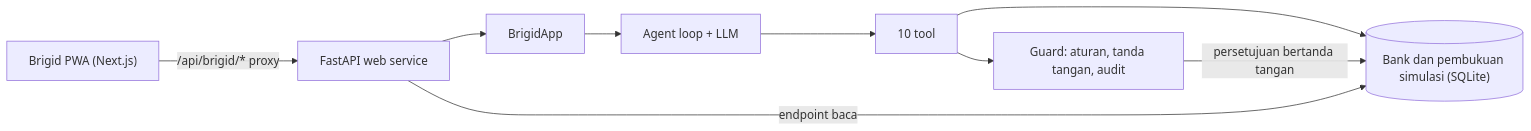
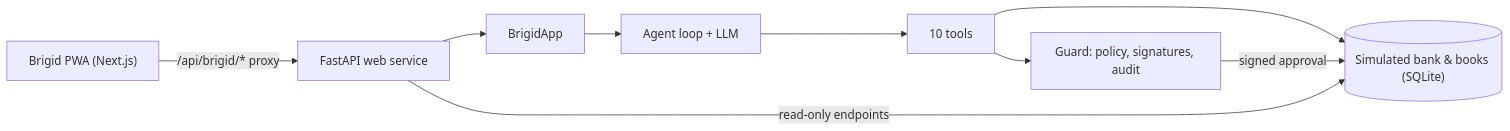
One commit to aryaputra1911/Brigid-AI-Agent-for-Small-Business changed the diagram in README.md. Above: the diagram before and after it, drawn with Mermaid. The commit also changed other lines of this file, not shown here.

````diff
--- a/README.md
+++ b/README.md
@@ -64,11 +27,11 @@
 ```mermaid
 flowchart LR
     pwa["Brigid PWA (Next.js)"] -->|"/api/brigid/* proxy"| api["FastAPI web service"]
     api --> app["BrigidApp"]
     app --> agent["Agent loop + LLM"]
-    agent --> tools["10 tool"]
-    tools --> guard["Guard: aturan, tanda tangan, audit"]
-    tools --> env[("Bank dan pembukuan simulasi (SQLite)")]
-    guard -->|"persetujuan bertanda tangan"| env
-    api -->|"endpoint baca"| env
+    agent --> tools["10 tools"]
+    tools --> guard["Guard: policy, signatures, audit"]
+    tools --> env[("Simulated bank & books (SQLite)")]
+    guard -->|"signed approval"| env
+    api -->|"read-only endpoints"| env
 ```
````
